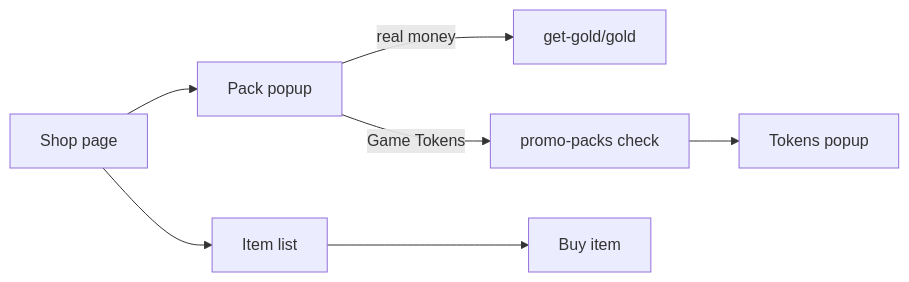
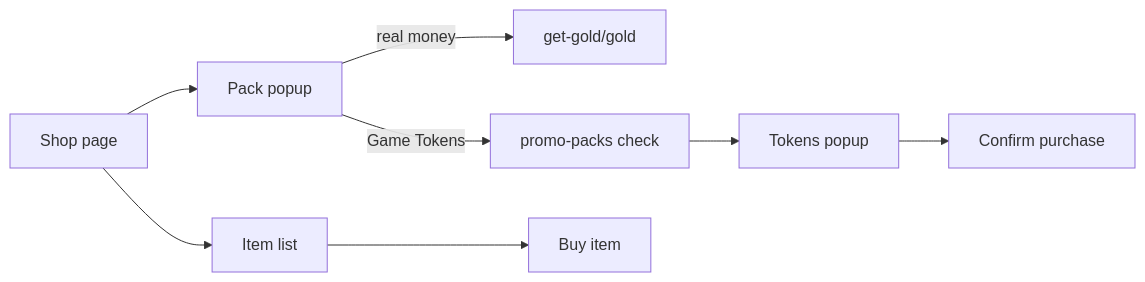
One commit to driversti/erepublik-api changed the diagram in v2/economy/shop.md. Above: the diagram before and after it, drawn with Mermaid. The commit also changed other lines of this file and 2 other files, not shown here.

Commit message:
docs(v2): add Game Tokens popup and confirmation details

````diff
--- a/v2/economy/shop.md
+++ b/v2/economy/shop.md
@@ -10,7 +10,7 @@
 ```mermaid
 flowchart LR
     A[Shop page] --> B[Pack popup]
     B -->|real money| C[get-gold/gold]
-    B -->|Game Tokens| D[promo-packs check] --> E[Tokens popup]
+    B -->|Game Tokens| D[promo-packs check] --> E[Tokens popup] --> H[Confirm purchase]
     A --> F[Item list] --> G[Buy item]
 ```
````
